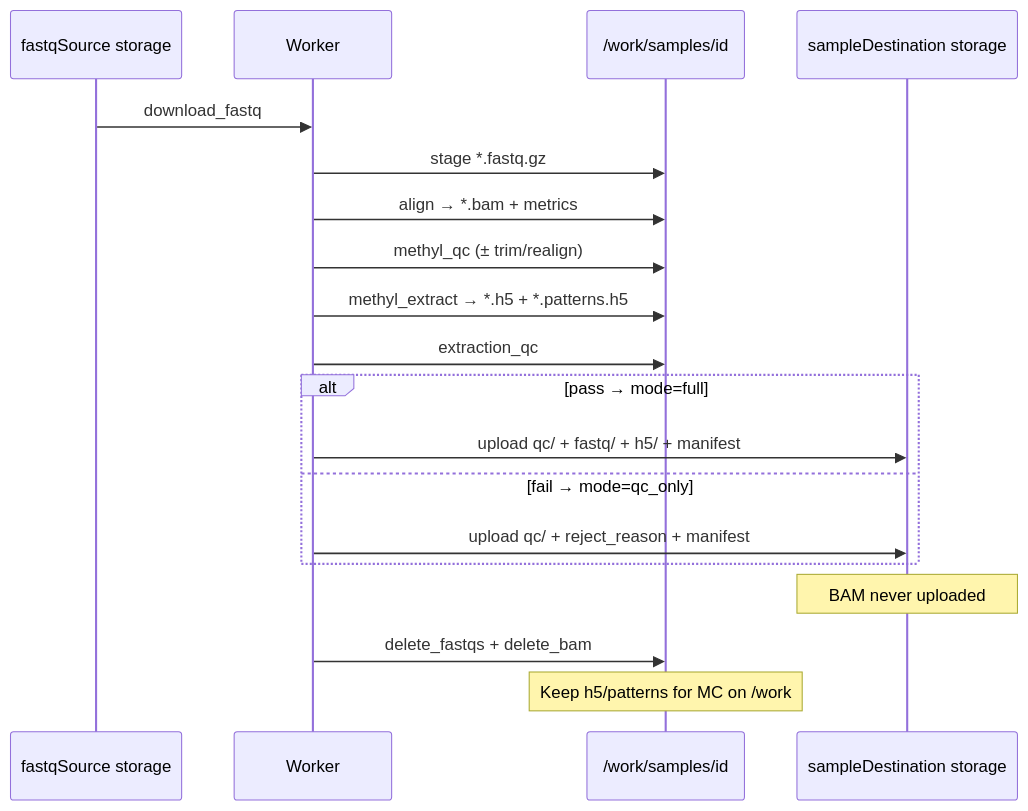
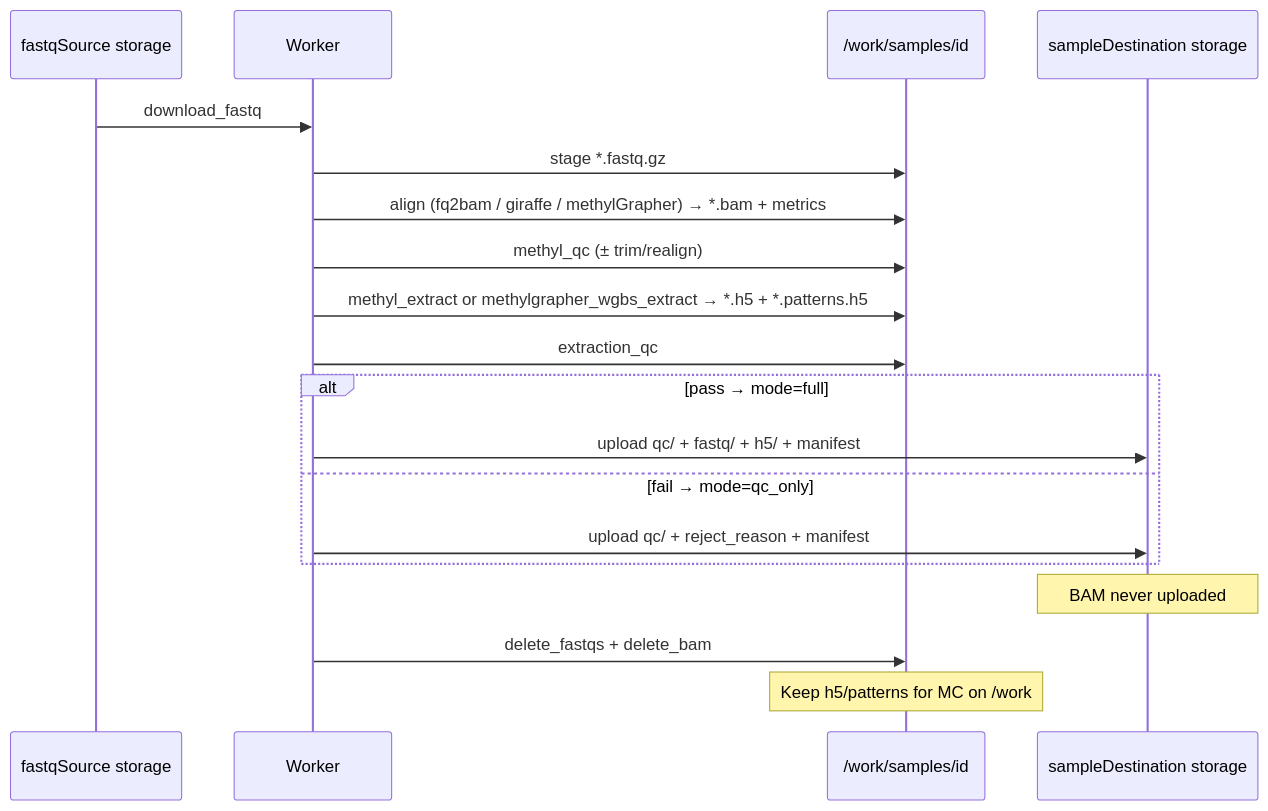
The eighth of 18 diagrams in docs/architecture/end-to-end-workflow.md (Goliath-Research/GoliathWorkflow), drawn with Mermaid before and after one commit. The commit also changed other lines of this file and 20 other files, not shown here.

````diff
--- a/docs/architecture/end-to-end-workflow.md
+++ b/docs/architecture/end-to-end-workflow.md
@@ -211,22 +217,22 @@
 ```mermaid
 sequenceDiagram
   participant Src as fastqSource storage
   participant W as Worker
   participant S as /work/samples/id
   participant Dst as sampleDestination storage
 
   Src->>W: download_fastq
   W->>S: stage *.fastq.gz
-  W->>S: align → *.bam + metrics
+  W->>S: align (fq2bam / giraffe / methylGrapher) → *.bam + metrics
   W->>S: methyl_qc (± trim/realign)
-  W->>S: methyl_extract → *.h5 + *.patterns.h5
+  W->>S: methyl_extract or methylgrapher_wgbs_extract → *.h5 + *.patterns.h5
   W->>S: extraction_qc
   alt pass → mode=full
     W->>Dst: upload qc/ + fastq/ + h5/ + manifest
   else fail → mode=qc_only
     W->>Dst: upload qc/ + reject_reason + manifest
   end
   Note over Dst: BAM never uploaded
   W->>S: delete_fastqs + delete_bam
   Note over S: Keep h5/patterns for MC on /work
 ```
````
